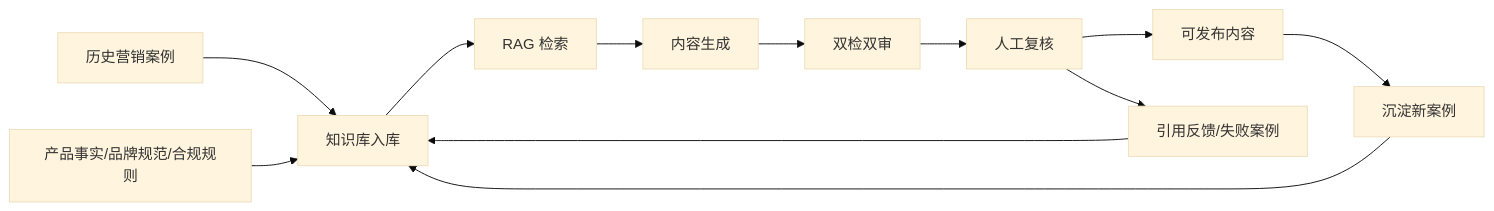
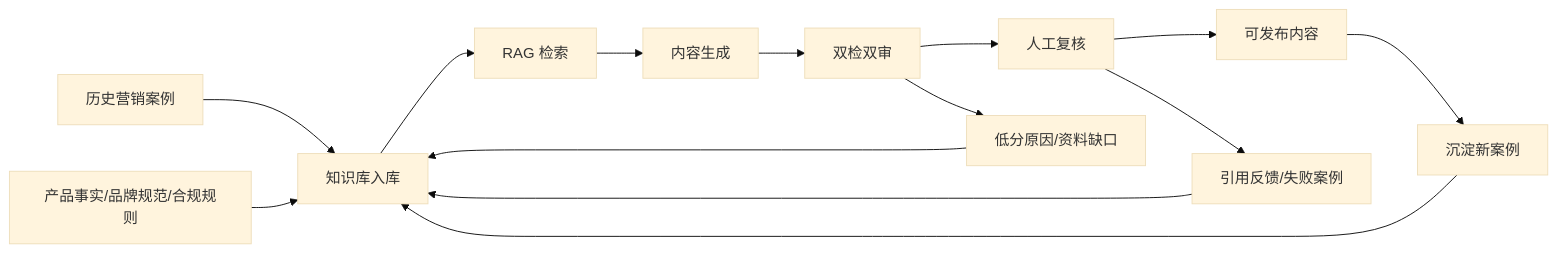
The second of 2 diagrams in docs/USER_FLOW.md (iamnotalle/AI-keyboard-marketing-platform-v2), drawn with Mermaid (base theme) before and after one commit. The commit also changed other lines of this file and 4 other files, not shown here.

````diff
--- a/docs/USER_FLOW.md
+++ b/docs/USER_FLOW.md
@@ -65,14 +78,16 @@
 ```mermaid
 flowchart LR
     A["历史营销案例"] --> B["知识库入库"]
     C["产品事实/品牌规范/合规规则"] --> B
     B --> D["RAG 检索"]
     D --> E["内容生成"]
     E --> F["双检双审"]
     F --> G["人工复核"]
     G --> H["可发布内容"]
     H --> I["沉淀新案例"]
     I --> B
     G --> J["引用反馈/失败案例"]
     J --> B
+    F --> K["低分原因/资料缺口"]
+    K --> B
 ```
````
